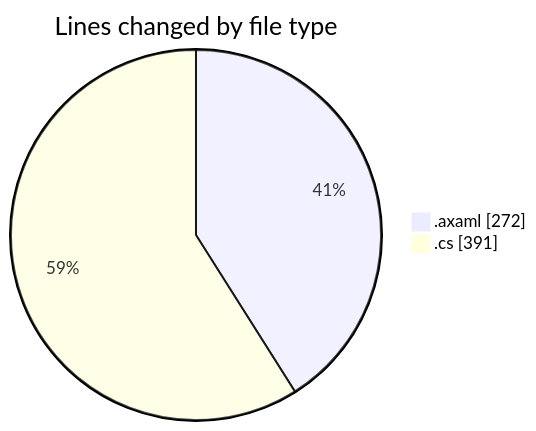
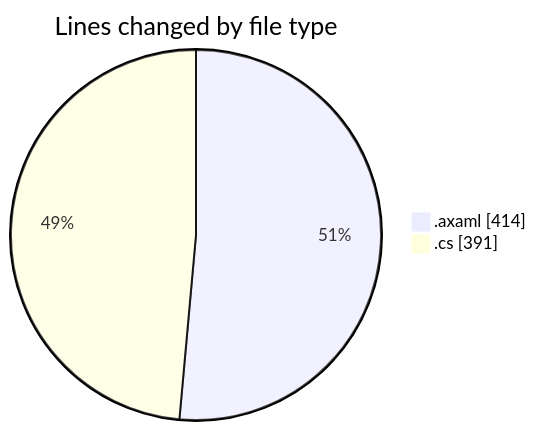
Before and after one commit to Netris89/code-tracking: the first of 2 diagrams in 2025-10-29/skintrack/README.md, drawn with Mermaid. The commit also changed other lines of this file and 1 other file, not shown here.

````diff
--- a/2025-10-29/skintrack/README.md
+++ b/2025-10-29/skintrack/README.md
@@ -36,6 +37,6 @@
 ```mermaid
 pie showData
 title Lines changed by file type
-".axaml" : 272
+".axaml" : 414
 ".cs" : 391
 ```
````
